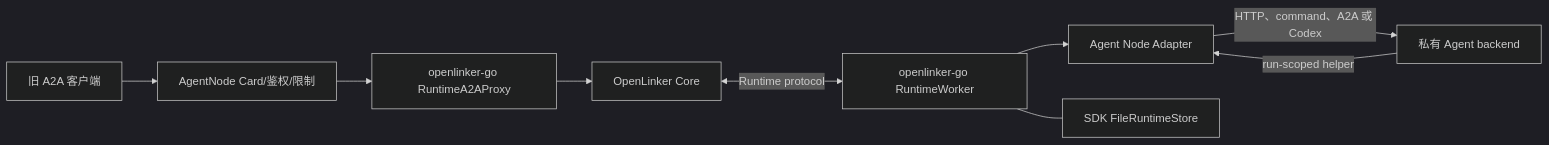
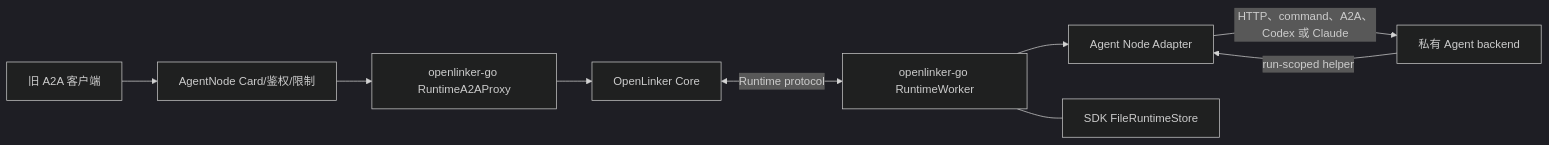
One commit to OpenLinker-ai/openlinker-agent-node changed the diagram in README.zh-CN.md. Above: the diagram before and after it, drawn with Mermaid (dark theme). The commit also changed other lines of this file and 14 other files, not shown here.

Commit message:
refactor(agent): share native Codex and Claude providers with cached preflight

````diff
--- a/README.zh-CN.md
+++ b/README.zh-CN.md
@@ -44,11 +44,11 @@
 ```mermaid
 flowchart LR
   Core["OpenLinker Core"] <-->|"Runtime protocol"| SDK["openlinker-go RuntimeWorker"]
   SDK --> Handler["Agent Node Adapter"]
-  Handler -->|"HTTP、command、A2A 或 Codex"| Backend["私有 Agent backend"]
+  Handler -->|"HTTP、command、A2A、Codex 或 Claude"| Backend["私有 Agent backend"]
   Backend -->|"run-scoped helper"| Handler
   SDK --- Store["SDK FileRuntimeStore"]
   A2AClient["旧 A2A 客户端"] --> Compat["AgentNode Card/鉴权/限制"]
   Compat --> Proxy["openlinker-go RuntimeA2AProxy"]
   Proxy --> Core
 ```
````
